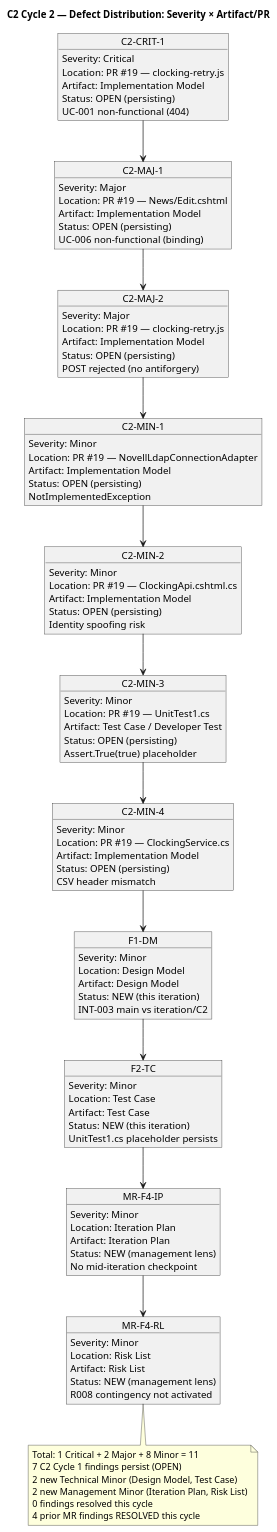
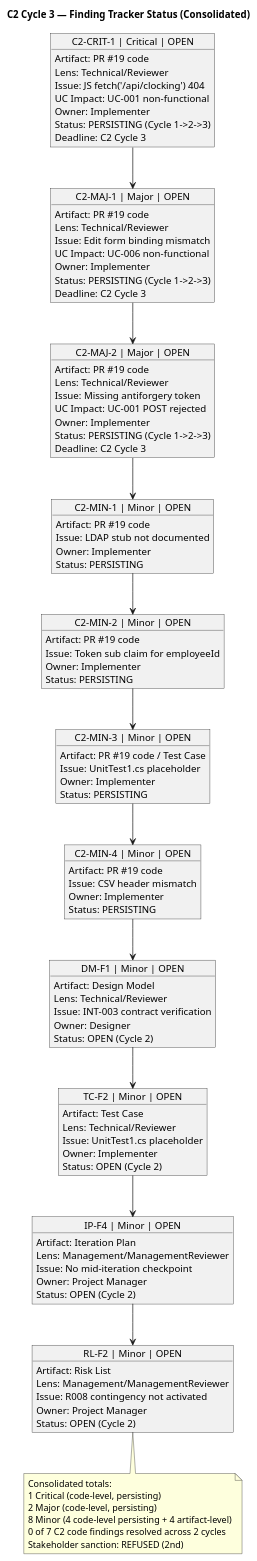
The first of 4 diagrams in docs/artifacts/project-management/review-record.md (banense-test/portal-cuba-corp), drawn with PlantUML before and after one commit. The commit also changed other lines of this file, not shown here.

````diff
--- a/docs/artifacts/project-management/review-record.md
+++ b/docs/artifacts/project-management/review-record.md
@@ -261,96 +119,99 @@
 ```plantuml
 @startuml
-title C2 Cycle 2 — Defect Distribution: Severity × Artifact/PR
+title C2 Cycle 3 — Finding Tracker Status (Consolidated)
 
+skinparam classBorderColor #2C3E50
+skinparam classBackgroundColor #ECF0F1
 skinparam classAttributeIconSize 0
-skinparam monochrome false
 
-object "C2-CRIT-1" as CRIT1 {
-  Severity: Critical
-  Location: PR #19 — clocking-retry.js
-  Artifact: Implementation Model
-  Status: OPEN (persisting)
-  UC-001 non-functional (404)
+object "C2-CRIT-1 | Critical | OPEN" as CRIT1 {
+  Artifact: PR #19 code
+  Lens: Technical/Reviewer
+  Issue: JS fetch('/api/clocking') 404
+  UC Impact: UC-001 non-functional
+  Owner: Implementer
+  Status: PERSISTING (Cycle 1->2->3)
+  Deadline: C2 Cycle 3
 }
 
-object "C2-MAJ-1" as MAJ1 {
-  Severity: Major
-  Location: PR #19 — News/Edit.cshtml
-  Artifact: Implementation Model
-  Status: OPEN (persisting)
-  UC-006 non-functional (binding)
+object "C2-MAJ-1 | Major | OPEN" as MAJ1 {
+  Artifact: PR #19 code
+  Lens: Technical/Reviewer
+  Issue: Edit form binding mismatch
+  UC Impact: UC-006 non-functional
+  Owner: Implementer
+  Status: PERSISTING (Cycle 1->2->3)
+  Deadline: C2 Cycle 3
 }
 
-object "C2-MAJ-2" as MAJ2 {
-  Severity: Major
-  Location: PR #19 — clocking-retry.js
-  Artifact: Implementation Model
-  Status: OPEN (persisting)
-  POST rejected (no antiforgery)
+object "C2-MAJ-2 | Major | OPEN" as MAJ2 {
+  Artifact: PR #19 code
+  Lens: Technical/Reviewer
+  Issue: Missing antiforgery token
+  UC Impact: UC-001 POST rejected
+  Owner: Implementer
+  Status: PERSISTING (Cycle 1->2->3)
+  Deadline: C2 Cycle 3
 }
 
-object "C2-MIN-1" as MIN1 {
-  Severity: Minor
-  Location: PR #19 — NovellLdapConnectionAdapter
-  Artifact: Implementation Model
-  Status: OPEN (persisting)
-  NotImplementedException
+object "C2-MIN-1 | Minor | OPEN" as MIN1 {
+  Artifact: PR #19 code
+  Issue: LDAP stub not documented
+  Owner: Implementer
+  Status: PERSISTING
 }
 
-object "C2-MIN-2" as MIN2 {
-  Severity: Minor
-  Location: PR #19 — ClockingApi.cshtml.cs
-  Artifact: Implementation Model
-  Status: OPEN (persisting)
-  Identity spoofing risk
+object "C2-MIN-2 | Minor | OPEN" as MIN2 {
+  Artifact: PR #19 code
+  Issue: Token sub claim for employeeId
+  Owner: Implementer
+  Status: PERSISTING
 }
 
-object "C2-MIN-3" as MIN3 {
-  Severity: Minor
-  Location: PR #19 — UnitTest1.cs
-  Artifact: Test Case / Developer Test
-  Status: OPEN (persisting)
-  Assert.True(true) placeholder
+object "C2-MIN-3 | Minor | OPEN" as MIN3 {
+  Artifact: PR #19 code / Test Case
+  Issue: UnitTest1.cs placeholder
+  Owner: Implementer
+  Status: PERSISTING
 }
 
-object "C2-MIN-4" as MIN4 {
-  Severity: Minor
-  Location: PR #19 — ClockingService.cs
-  Artifact: Implementation Model
-  Status: OPEN (persisting)
-  CSV header mismatch
+object "C2-MIN-4 | Minor | OPEN" as MIN4 {
+  Artifact: PR #19 code
+  Issue: CSV header mismatch
+  Owner: Implementer
+  Status: PERSISTING
 }
 
-object "F1-DM" as F1DM {
-  Severity: Minor
-  Location: Design Model
+object "DM-F1 | Minor | OPEN" as DMF1 {
   Artifact: Design Model
-  Status: NEW (this iteration)
-  INT-003 main vs iteration/C2
+  Lens: Technical/Reviewer
+  Issue: INT-003 contract verification
+  Owner: Designer
+  Status: OPEN (Cycle 2)
 }
 
-object "F2-TC" as F2TC {
-  Severity: Minor
-  Location: Test Case
+object "TC-F2 | Minor | OPEN" as TCF2 {
   Artifact: Test Case
-  Status: NEW (this iteration)
-  UnitTest1.cs placeholder persists
+  Lens: Technical/Reviewer
+  Issue: UnitTest1.cs placeholder
+  Owner: Implementer
+  Status: OPEN (Cycle 2)
 }
 
-object "MR-F4-IP" as MRF4IP {
-  Severity: Minor
-  Location: Iteration Plan
+object "IP-F4 | Minor | OPEN" as IPF4 {
   Artifact: Iteration Plan
-  Status: NEW (management lens)
-  No mid-iteration checkpoint
+  Lens: Management/ManagementReviewer
+  Issue: No mid-iteration checkpoint
+  Owner: Project Manager
+  Status: OPEN (Cycle 2)
 }
 
-object "MR-F4-RL" as MRF4RL {
-  Severity: Minor
-  Location: Risk List
+object "RL-F2 | Minor | OPEN" as RLF2 {
   Artifact: Risk List
-  Status: NEW (management lens)
-  R008 contingency not activated
+  Lens: Management/ManagementReviewer
+  Issue: R008 contingency not activated
+  Owner: Project Manager
+  Status: OPEN (Cycle 2)
 }
 
 CRIT1 --> MAJ1
@@ -359,18 +220,18 @@
 MIN1 --> MIN2
 MIN2 --> MIN3
 MIN3 --> MIN4
-MIN4 --> F1DM
-F1DM --> F2TC
-F2TC --> MRF4IP
-MRF4IP --> MRF4RL
+MIN4 --> DMF1
+DMF1 --> TCF2
+TCF2 --> IPF4
+IPF4 --> RLF2
 
-note bottom of MRF4RL
-  Total: 1 Critical + 2 Major + 8 Minor = 11
-  7 C2 Cycle 1 findings persist (OPEN)
-  2 new Technical Minor (Design Model, Test Case)
-  2 new Management Minor (Iteration Plan, Risk List)
-  0 findings resolved this cycle
-  4 prior MR findings RESOLVED this cycle
+note bottom of RLF2
+  Consolidated totals:
+  1 Critical (code-level, persisting)
+  2 Major (code-level, persisting)
+  8 Minor (4 code-level persisting + 4 artifact-level)
+  0 of 7 C2 code findings resolved across 2 cycles
+  Stakeholder sanction: REFUSED (2nd)
 end note
 
 @enduml
````
